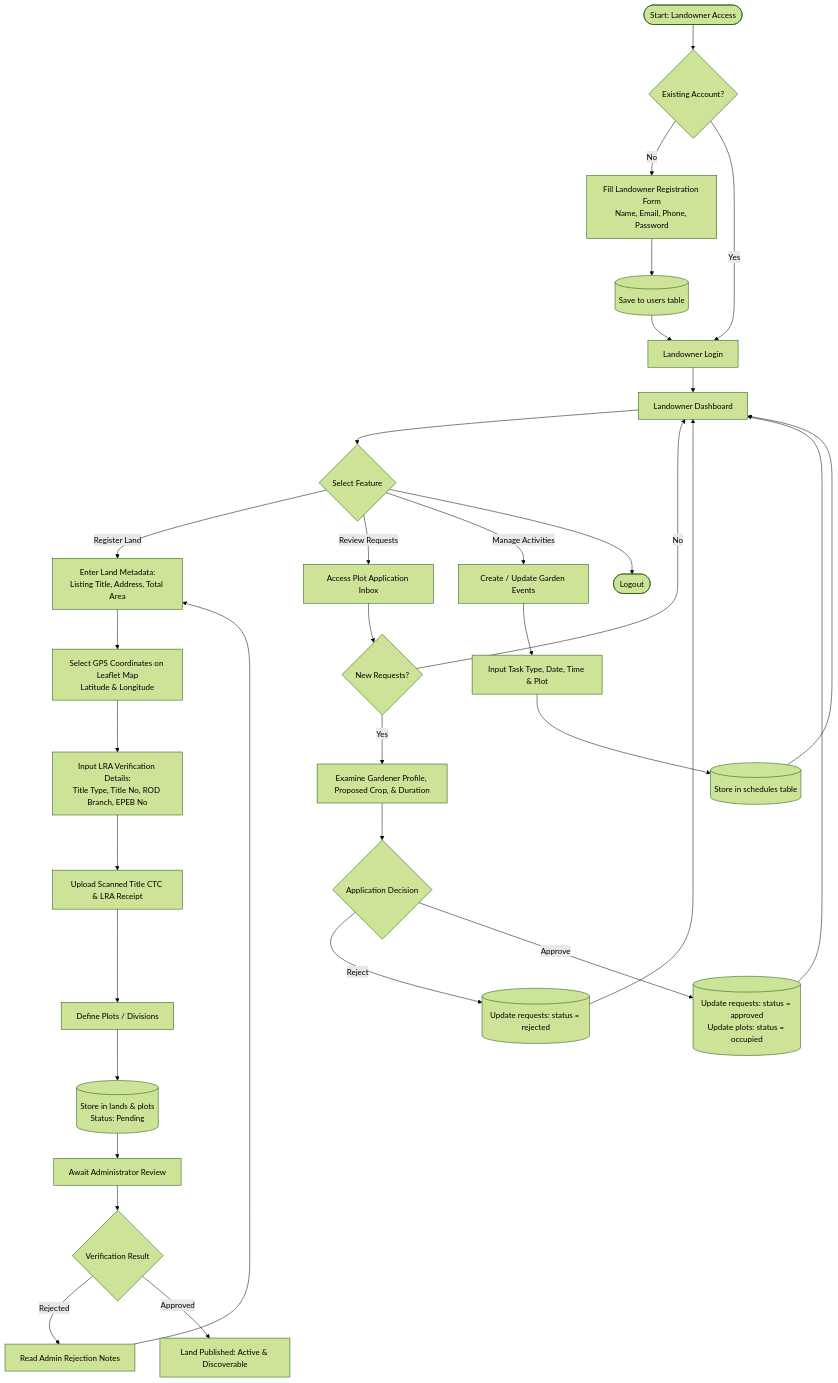
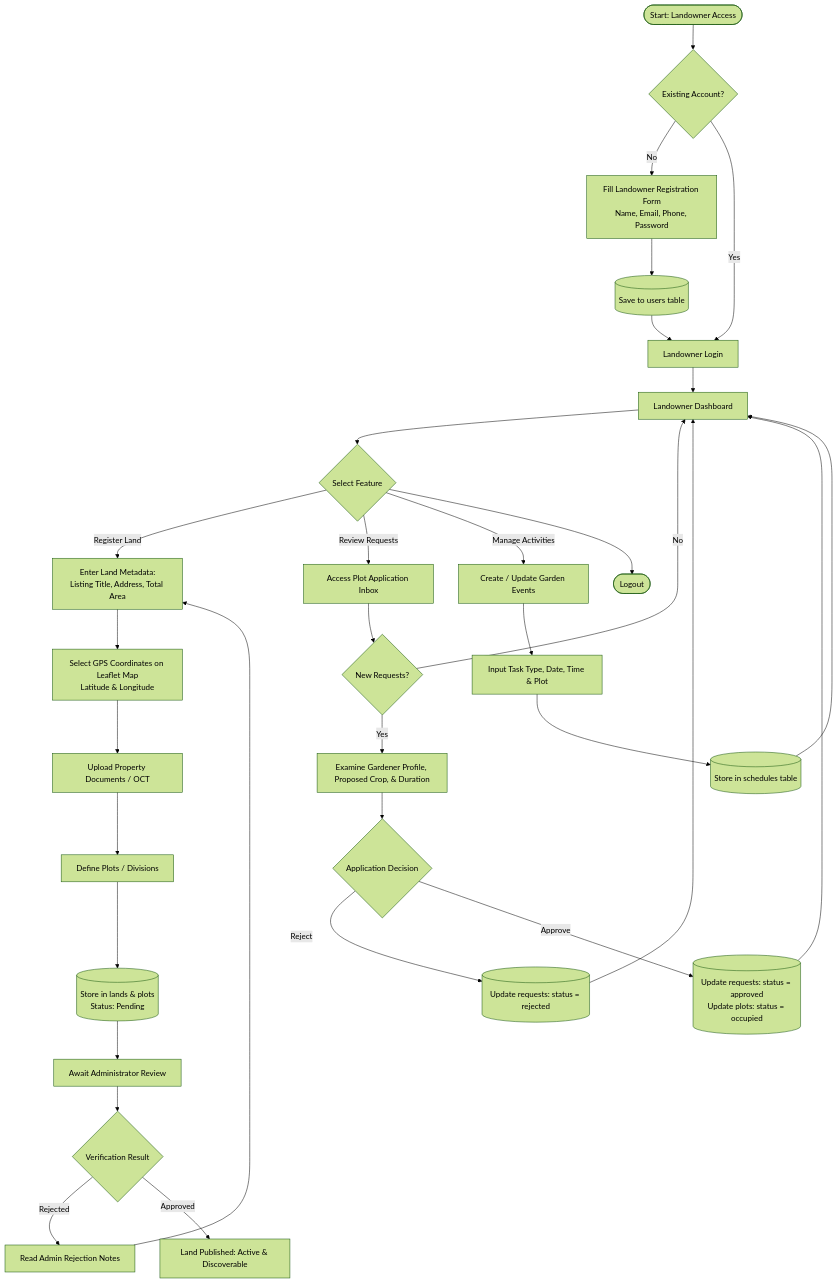
The first of 3 diagrams in docs/3.2_System_Process_Flow.md (gioacchinorossini/garden), drawn with Mermaid (forest theme) before and after one commit. The commit also changed other lines of this file and 1500 other files, not shown here.

````diff
--- a/docs/3.2_System_Process_Flow.md
+++ b/docs/3.2_System_Process_Flow.md
@@ -24,44 +24,43 @@
 ```mermaid
 flowchart TD
     Start([Start: Landowner Access]) --> HasAcc{Existing Account?}
     HasAcc -- No --> RegForm[Fill Landowner Registration Form<br/>Name, Email, Phone, Password]
     RegForm --> SaveUser[(Save to users table)]
     SaveUser --> Login[Landowner Login]
     HasAcc -- Yes --> Login
     
     Login --> Dashboard[Landowner Dashboard]
     Dashboard --> ActionChoice{Select Feature}
 
     %% Land Registration Subflow
     ActionChoice -->|Register Land| LandInfo[Enter Land Metadata:<br/>Listing Title, Address, Total Area]
     LandInfo --> MapCoords[Select GPS Coordinates on Leaflet Map<br/>Latitude & Longitude]
-    MapCoords --> LRADocs[Input LRA Verification Details:<br/>Title Type, Title No, ROD Branch, EPEB No]
-    LRADocs --> UploadFiles[Upload Scanned Title CTC & LRA Receipt]
+    MapCoords --> UploadFiles[Upload Property Documents / OCT]
     UploadFiles --> PlotSetup[Define Plots / Divisions]
     PlotSetup --> SubmitLand[(Store in lands & plots<br/>Status: Pending)]
     SubmitLand --> AwaitAdmin[Await Administrator Review]
     
     AwaitAdmin --> AdminResult{Verification Result}
     AdminResult -- Rejected --> ReadReason[Read Admin Rejection Notes]
     ReadReason --> LandInfo
     AdminResult -- Approved --> LandActive[Land Published: Active & Discoverable]
 
     %% Request Management Subflow
     ActionChoice -->|Review Requests| ViewRequests[Access Plot Application Inbox]
     ViewRequests --> PendingRequests{New Requests?}
     PendingRequests -- No --> Dashboard
     PendingRequests -- Yes --> AssessReq[Examine Gardener Profile, Proposed Crop, & Duration]
     AssessReq --> ReqDecision{Application Decision}
     ReqDecision -- Reject --> DenyReq[(Update requests: status = rejected)]
     ReqDecision -- Approve --> GrantReq[(Update requests: status = approved<br/>Update plots: status = occupied)]
     DenyReq --> Dashboard
     GrantReq --> Dashboard
 
     %% Gardening Schedules
     ActionChoice -->|Manage Activities| SchedEvents[Create / Update Garden Events]
     SchedEvents --> SchedInputs[Input Task Type, Date, Time & Plot]
     SchedInputs --> SaveSched[(Store in schedules table)]
     SaveSched --> Dashboard
 
     ActionChoice --> Logout([Logout])
 ```
````
